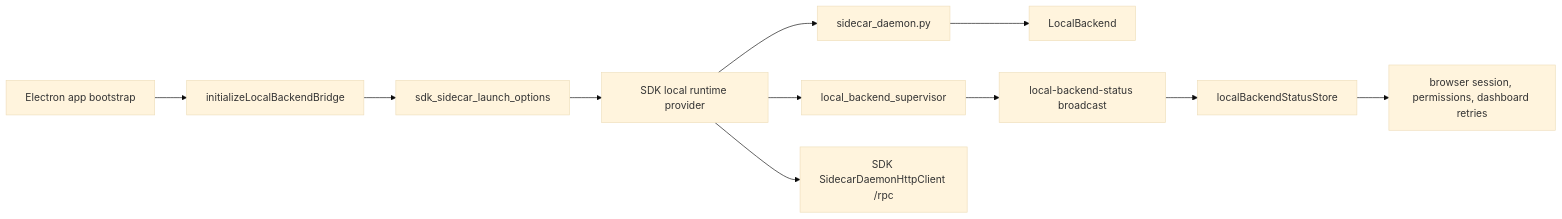
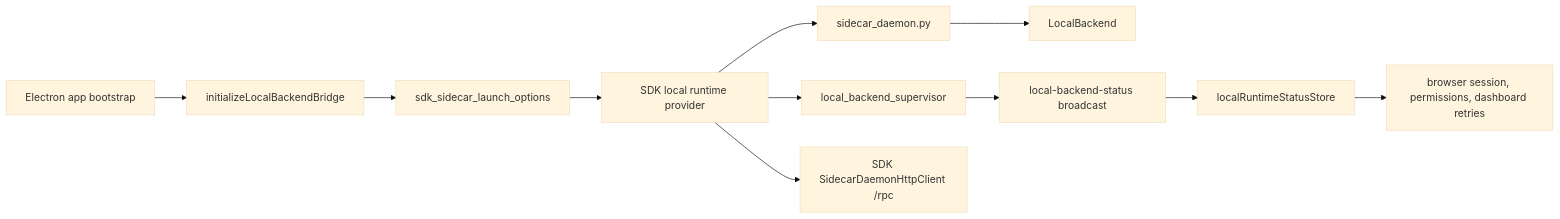
The diagram in docs/frontend/main/local_backend/process_lifecycle_change_workflow.md (buiilding/My_Own_OpenClaw), drawn with Mermaid (base theme) before and after one commit. The commit also changed other lines of this file and 7 other files, not shown here.

````diff
--- a/docs/frontend/main/local_backend/process_lifecycle_change_workflow.md
+++ b/docs/frontend/main/local_backend/process_lifecycle_change_workflow.md
@@ -18,13 +18,13 @@
 ```mermaid
 flowchart LR
   AppBootstrap["Electron app bootstrap"] --> BridgeInit["initializeLocalBackendBridge"]
   BridgeInit --> LaunchOptions["sdk_sidecar_launch_options"]
   LaunchOptions --> SDKProvider["SDK local runtime provider"]
   SDKProvider --> Daemon["sidecar_daemon.py"]
   Daemon --> LocalBackend["LocalBackend"]
   SDKProvider --> Supervisor["local_backend_supervisor"]
   Supervisor --> Status["local-backend-status broadcast"]
-  Status --> RendererStore["localBackendStatusStore"]
+  Status --> RendererStore["localRuntimeStatusStore"]
   RendererStore --> Consumers["browser session, permissions, dashboard retries"]
   SDKProvider --> Rpc["SDK SidecarDaemonHttpClient /rpc"]
 ```
````
